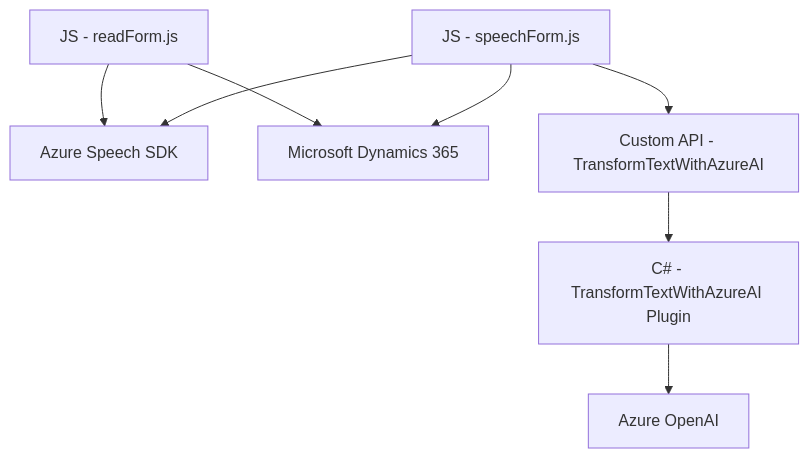
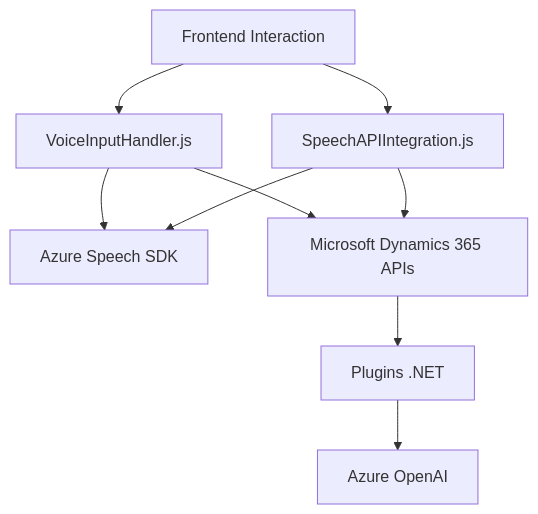
One commit to blopezdm/NETCORE_BILBAO2025 changed the diagram in README.md. Above: the diagram before and after it, drawn with Mermaid. The commit also changed other lines of this file, not shown here.

````diff
--- a/README.md
+++ b/README.md
@@ -46,18 +53,19 @@
 ```mermaid
 graph TD
-  A1["JS - readForm.js"]
-  A2["JS - speechForm.js"]
-  A3["Azure Speech SDK"]
-  A4["Microsoft Dynamics 365"]
-  A5["Custom API - TransformTextWithAzureAI"]
-  A6["C# - TransformTextWithAzureAI Plugin"]
-  A7["Azure OpenAI"]
+    A["Frontend Interaction"]
+    B["VoiceInputHandler.js"]
+    C["SpeechAPIIntegration.js"]
+    D["Azure Speech SDK"]
+    E["Microsoft Dynamics 365 APIs"]
+    F["Plugins .NET"]
+    G["Azure OpenAI"]
 
-  A1-->A3
-  A2-->A3
-  A1-->A4
-  A2-->A4
-  A2-->A5
-  A5-->A6
-  A6-->A7
+    A --> B
+    A --> C
+    B --> D
+    C --> D
+    B --> E
+    C --> E
+    E --> F
+    F --> G
 ```
````
